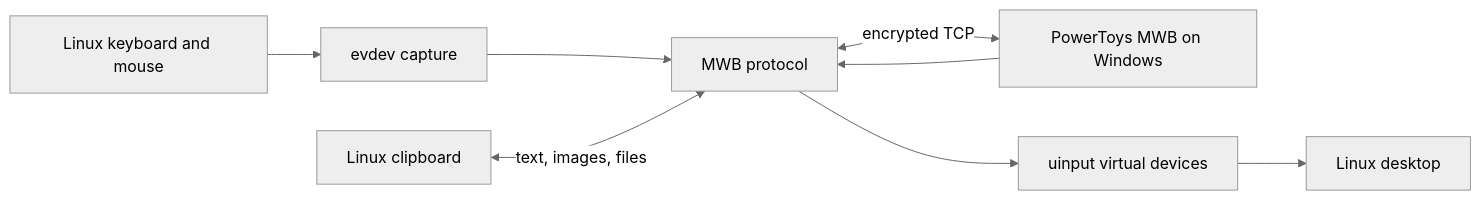
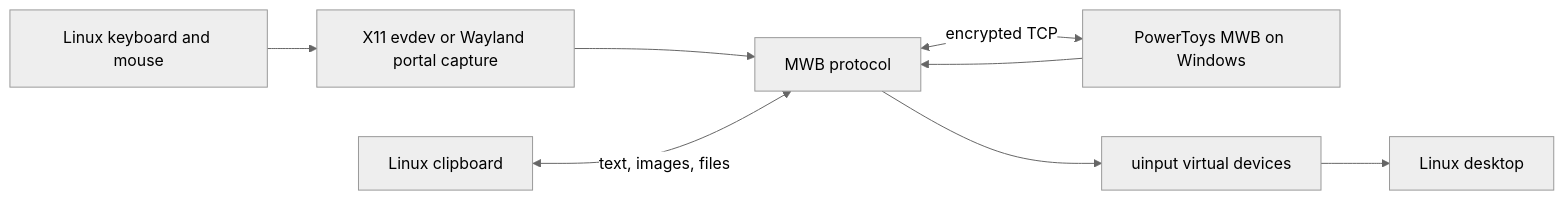
One commit to lucky-verma/mwb-linux changed the diagram in docs/architecture.md. Above: the diagram before and after it, drawn with Mermaid (neutral theme). The commit also changed other lines of this file and 30 other files, not shown here.

````diff
--- a/docs/architecture.md
+++ b/docs/architecture.md
@@ -9,10 +9,10 @@
 ```mermaid
 flowchart LR
-    LinuxInput[Linux keyboard and mouse] --> Capture[evdev capture]
+    LinuxInput[Linux keyboard and mouse] --> Capture[X11 evdev or Wayland portal capture]
     Capture --> Protocol[MWB protocol]
     Protocol <-->|encrypted TCP| PowerToys[PowerToys MWB on Windows]
     PowerToys --> Protocol
     Protocol --> VirtualInput[uinput virtual devices]
     VirtualInput --> LinuxDesktop[Linux desktop]
     Clipboard[Linux clipboard] <-->|text, images, files| Protocol
 ```
````
